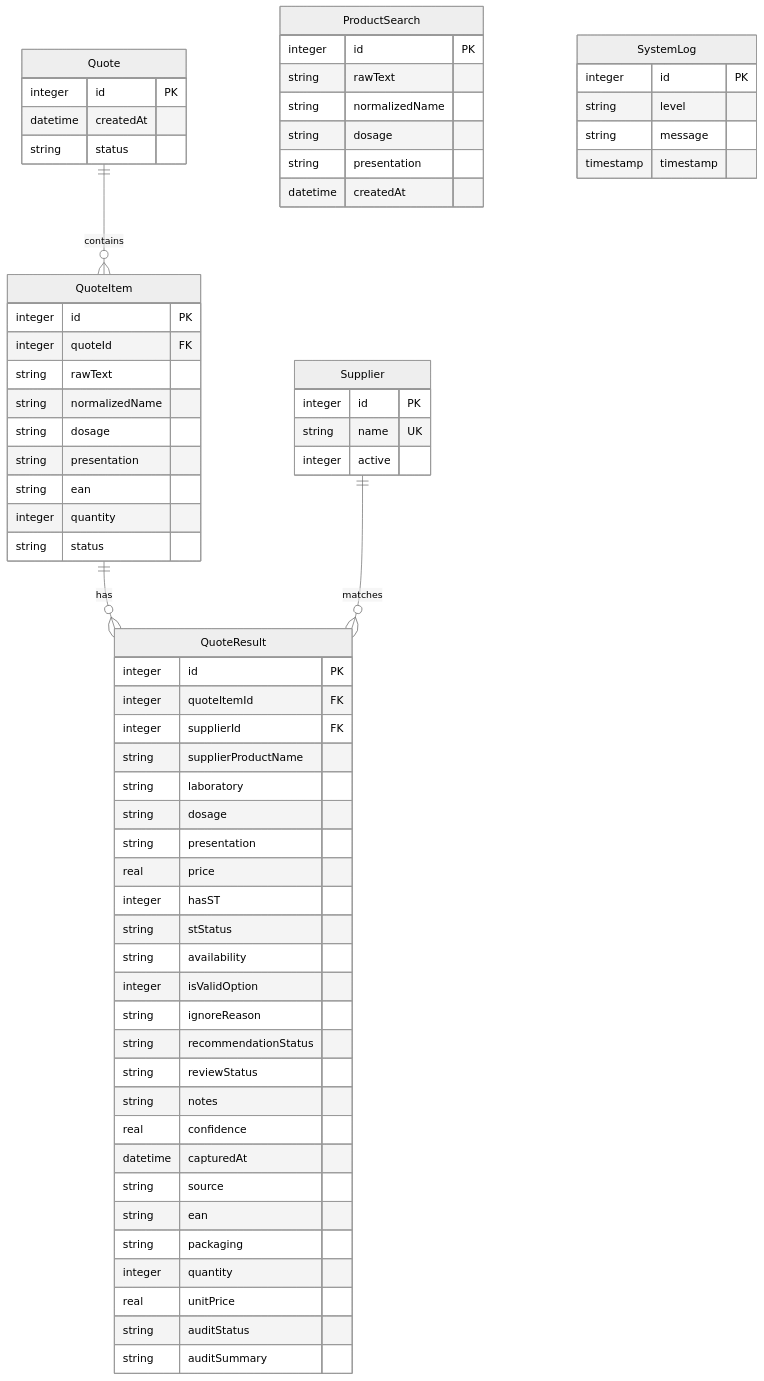
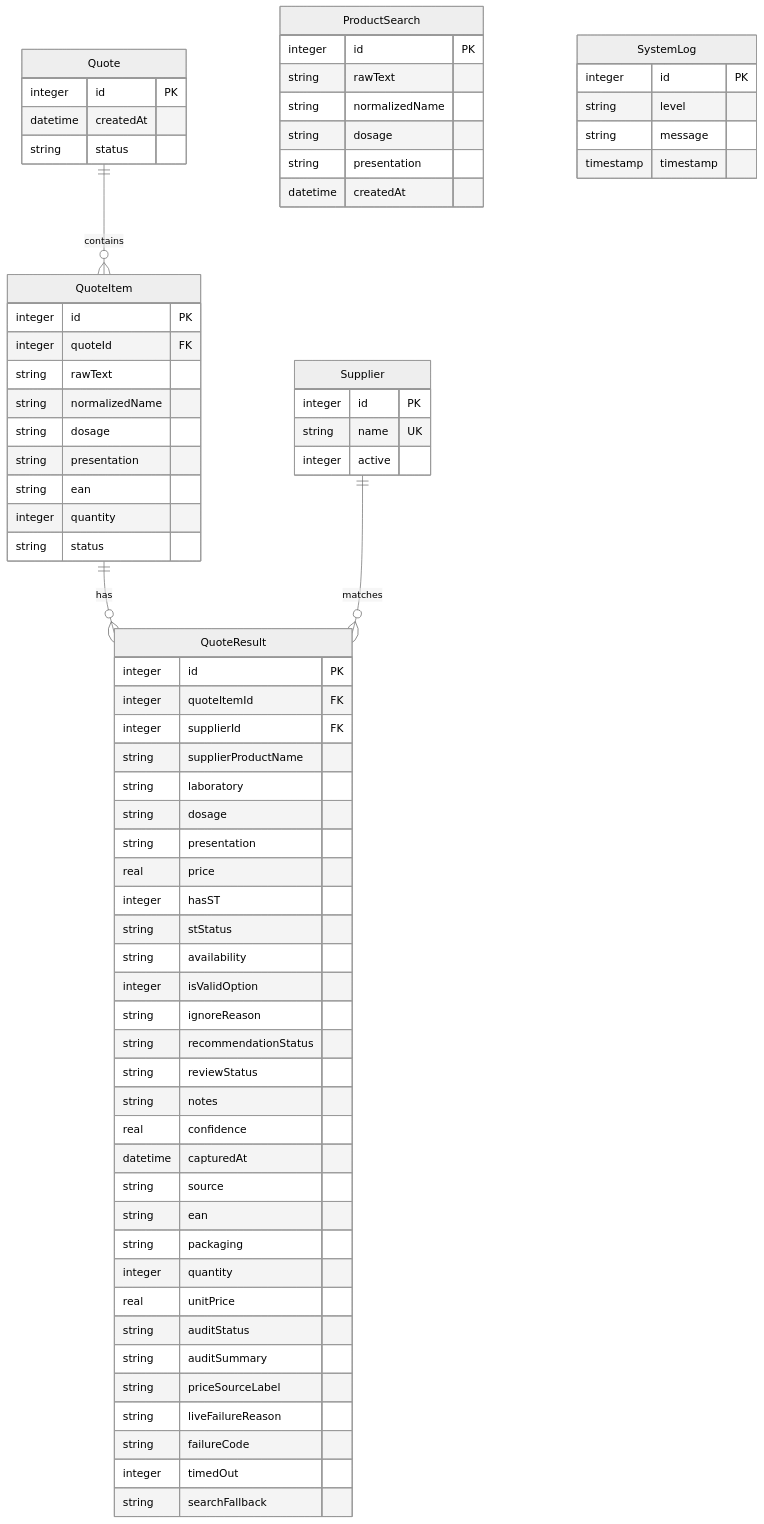
Before and after one commit to WilliYY/cotacao-farmacia: the second of 2 diagrams in docs/AI_SYSTEM_GUIDE.md, drawn with Mermaid (neutral theme). The commit also changed other lines of this file and 8 other files, not shown here.

````diff
--- a/docs/AI_SYSTEM_GUIDE.md
+++ b/docs/AI_SYSTEM_GUIDE.md
@@ -47,68 +47,73 @@
 ```mermaid
 erDiagram
     Quote ||--o{ QuoteItem : contains
     QuoteItem ||--o{ QuoteResult : has
     Supplier ||--o{ QuoteResult : matches
     ProductSearch {
         integer id PK
         string rawText
         string normalizedName
         string dosage
         string presentation
         datetime createdAt
     }
     Supplier {
         integer id PK
         string name UK
         integer active
     }
     Quote {
         integer id PK
         datetime createdAt
         string status
     }
     QuoteItem {
         integer id PK
         integer quoteId FK
         string rawText
         string normalizedName
         string dosage
         string presentation
         string ean
         integer quantity
         string status
     }
     QuoteResult {
         integer id PK
         integer quoteItemId FK
         integer supplierId FK
         string supplierProductName
         string laboratory
         string dosage
         string presentation
         real price
         integer hasST
         string stStatus
         string availability
         integer isValidOption
         string ignoreReason
         string recommendationStatus
         string reviewStatus
         string notes
         real confidence
         datetime capturedAt
         string source
         string ean
         string packaging
         integer quantity
         real unitPrice
         string auditStatus
         string auditSummary
+        string priceSourceLabel
+        string liveFailureReason
+        string failureCode
+        integer timedOut
+        string searchFallback
     }
     SystemLog {
         integer id PK
         string level
         string message
         timestamp timestamp
     }
 ```
````
